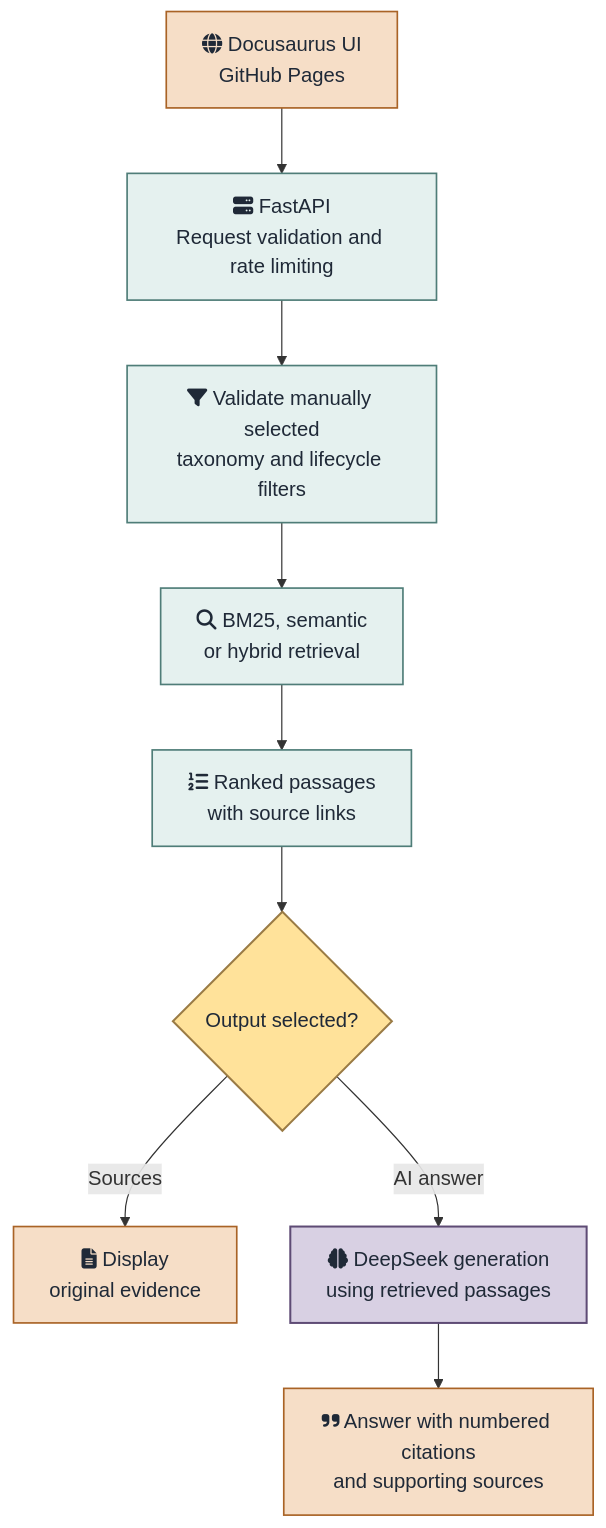
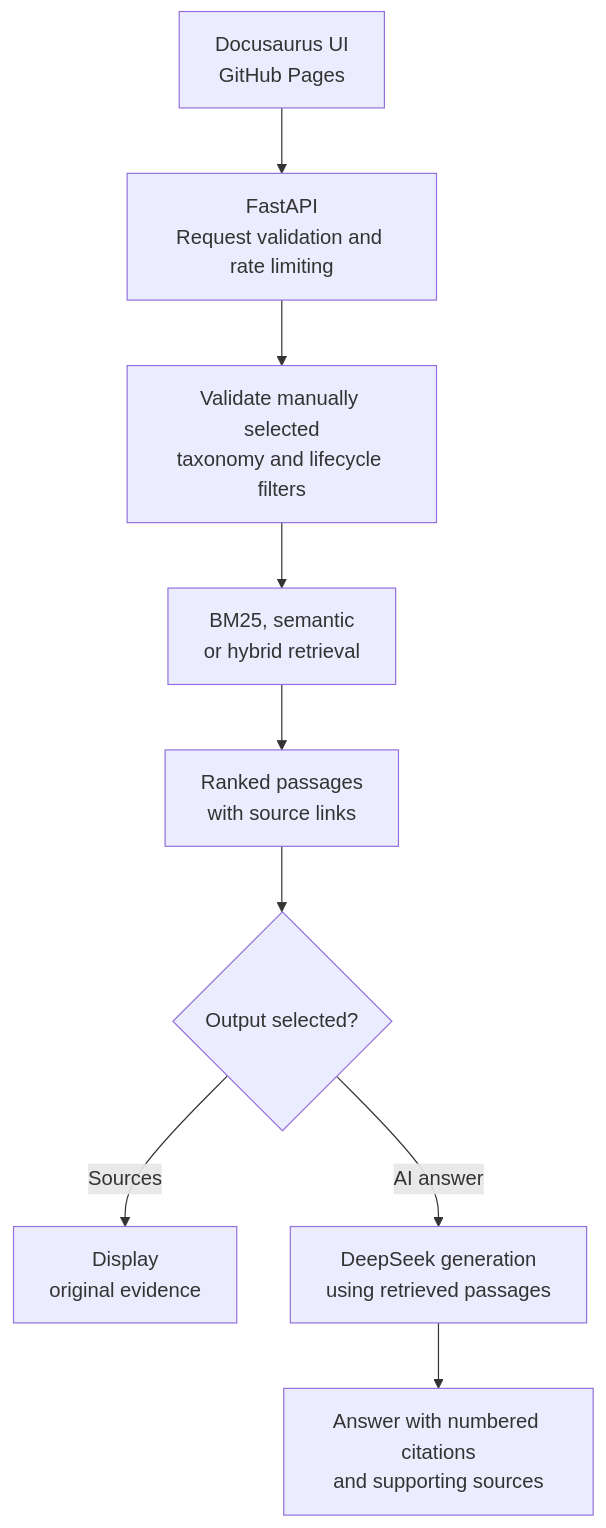
Before and after one commit to iand4096/docusaurusportfolio: the second of 3 diagrams in docs/case-studies/RagSearchCloudArchitecture.md, drawn with Mermaid. The commit also changed other lines of this file and 22 other files, not shown here.

Commit message:
Unify diagram figures with restrained styling and fullscreen zoom and pan

````diff
--- a/docs/case-studies/RagSearchCloudArchitecture.md
+++ b/docs/case-studies/RagSearchCloudArchitecture.md
@@ -206,29 +233,24 @@
 ```mermaid
 %%{init: {
   "flowchart": {"useMaxWidth": true, "nodeSpacing": 45, "rankSpacing": 55},
   "themeVariables": {"fontSize": "17px"}
 }}%%
 flowchart TB
-UI["fa:fa-globe Docusaurus UI<br/>GitHub Pages"]
-API["fa:fa-server FastAPI<br/>Request validation and rate limiting"]
-Facets["fa:fa-filter Validate manually selected<br/>taxonomy and lifecycle filters"]
-Retrieve["fa:fa-magnifying-glass BM25, semantic<br/>or hybrid retrieval"]
-Rank["fa:fa-list-ol Ranked passages<br/>with source links"]
+UI["Docusaurus UI<br/>GitHub Pages"]
+API["FastAPI<br/>Request validation and rate limiting"]
+Facets["Validate manually selected<br/>taxonomy and lifecycle filters"]
+Retrieve["BM25, semantic<br/>or hybrid retrieval"]
+Rank["Ranked passages<br/>with source links"]
 Choice{"Output selected?"}
-Sources["fa:fa-file-lines Display<br/>original evidence"]
-LLM["fa:fa-brain DeepSeek generation<br/>using retrieved passages"]
-Answer["fa:fa-quote-right Answer with numbered citations<br/>and supporting sources"]
+Sources["Display<br/>original evidence"]
+LLM["DeepSeek generation<br/>using retrieved passages"]
+Answer["Answer with numbered citations<br/>and supporting sources"]
 UI --> API --> Facets --> Retrieve --> Rank --> Choice
 Choice -->|Sources| Sources
 Choice -->|AI answer| LLM --> Answer
-
-    classDef interaction fill:#F6DEC7,stroke:#A96326,color:#1F2937,stroke-width:1.4px;
-    classDef process fill:#E5F1EF,stroke:#4F7D78,color:#1F2937,stroke-width:1.4px;
-    classDef decision fill:#FFE29A,stroke:#9A7B45,color:#1F2937,stroke-width:1.7px;
-    classDef generation fill:#D8D0E3,stroke:#5E4B75,color:#1F2937,stroke-width:1.7px;
 
     class UI,Sources,Answer interaction;
     class API,Facets,Retrieve,Rank process;
     class Choice decision;
     class LLM generation;
 ```
````
